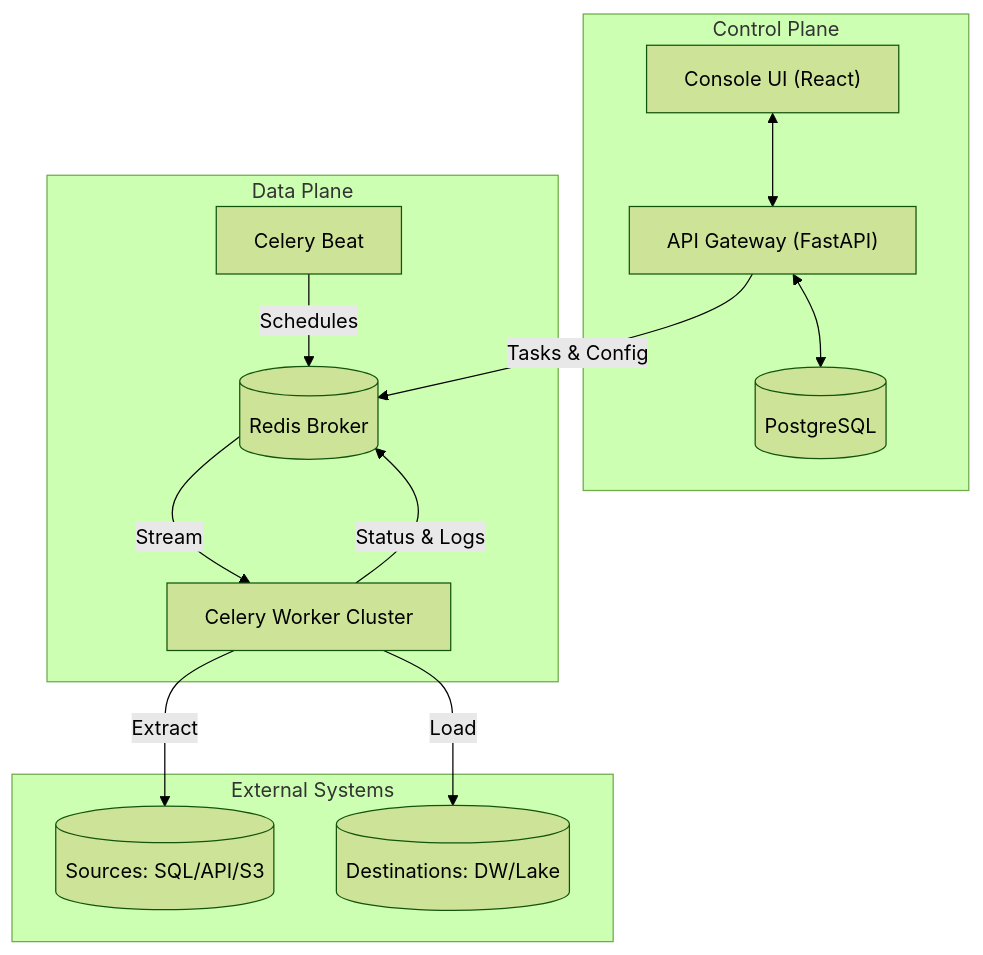
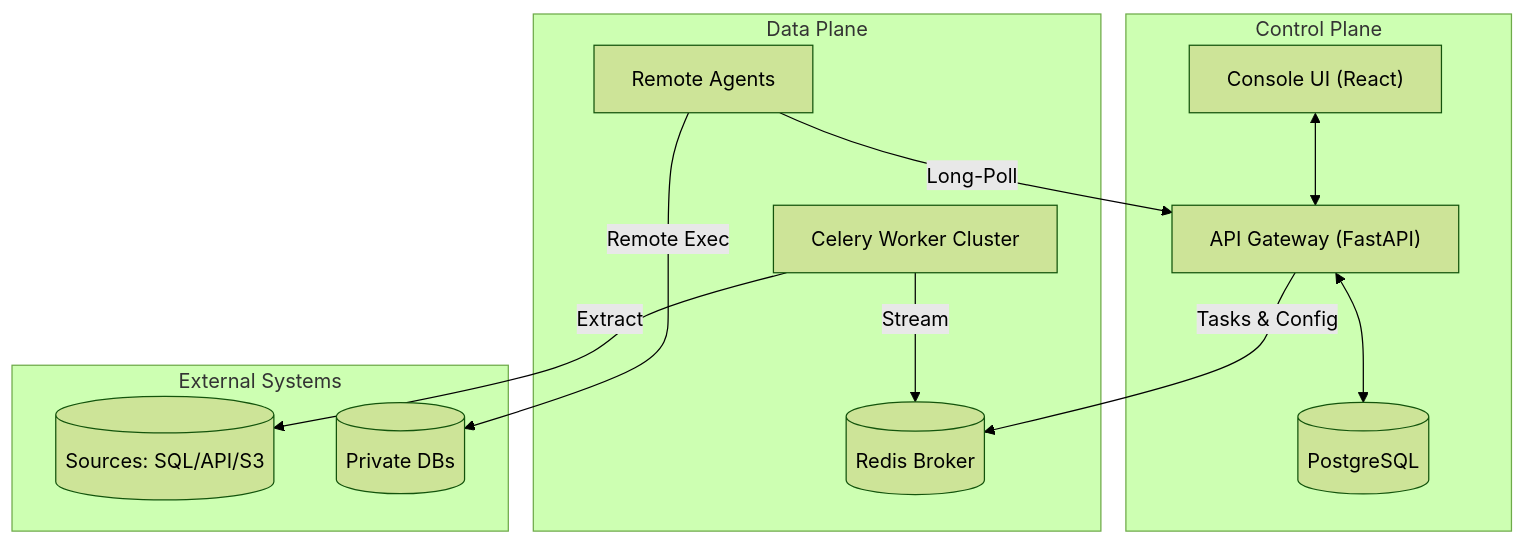
Before and after one commit to Abhishekkumar2021/SynqX: the diagram in README.md, drawn with Mermaid (forest theme). The commit also changed other lines of this file and 29 other files, not shown here.

````diff
--- a/README.md
+++ b/README.md
@@ -20,19 +20,18 @@
 ```mermaid
 graph TD
     subgraph "Control Plane"
         UI["Console UI (React)"] <--> API["API Gateway (FastAPI)"]
         API <--> DB[(PostgreSQL)]
     end
 
     subgraph "Data Plane"
         API -- "Tasks & Config" --> Redis[(Redis Broker)]
-        Redis -- "Stream" --> Worker[Celery Worker Cluster]
-        Worker -- "Status & Logs" --> Redis
-        Beat[Celery Beat] -- "Schedules" --> Redis
+        Worker[Celery Worker Cluster] -- "Stream" --> Redis
+        Agent[Remote Agents] -- "Long-Poll" --> API
     end
 
     subgraph "External Systems"
         Worker -- "Extract" --> Source[(Sources: SQL/API/S3)]
-        Worker -- "Load" --> Dest[(Destinations: DW/Lake)]
+        Agent -- "Remote Exec" --> PrivateDB[(Private DBs)]
     end
 ```
````
